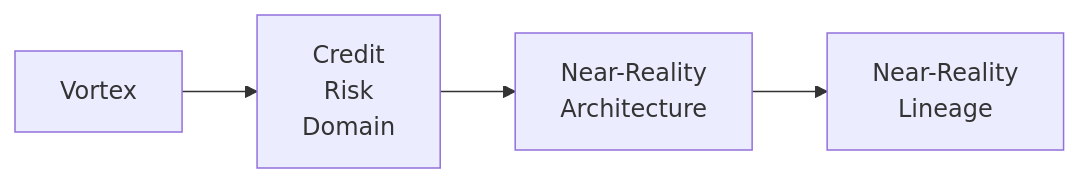
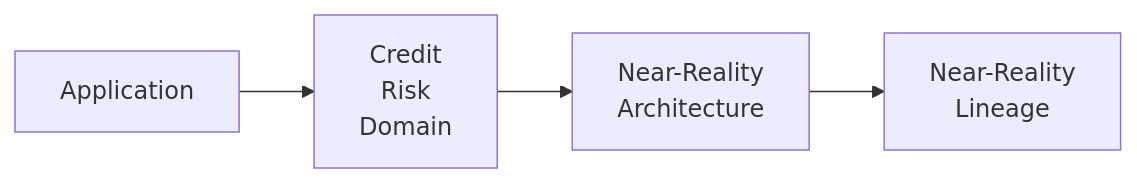
The first of 18 diagrams in papers/continuous-architecture-reconcilliation.md (jurgenei/jurgenei), drawn with Mermaid before and after one commit.

````diff
--- a/papers/continuous-architecture-reconcilliation.md
+++ b/papers/continuous-architecture-reconcilliation.md
@@ -34,13 +34,13 @@
 ```mermaid  
 flowchart LR  
 
-V[Vortex]  
+V[Application]  
 CR[Credit<br/>Risk<br/>Domain]  
 NRA[Near-Reality<br/>Architecture]  
 NRL[Near-Reality<br/>Lineage]  
 
 
 V --> CR  
 CR --> NRA  
 NRA --> NRL  
 ```
````
